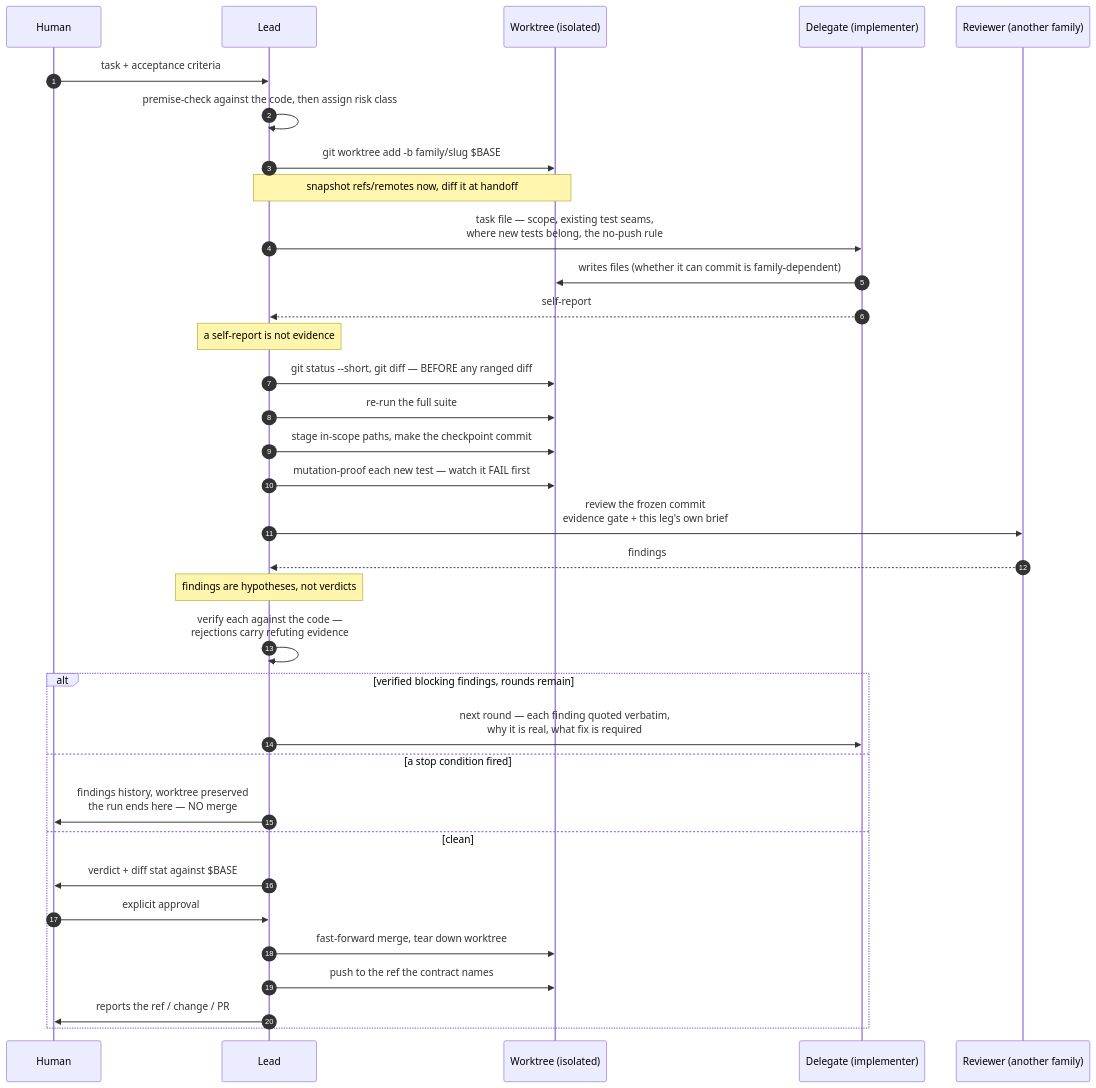
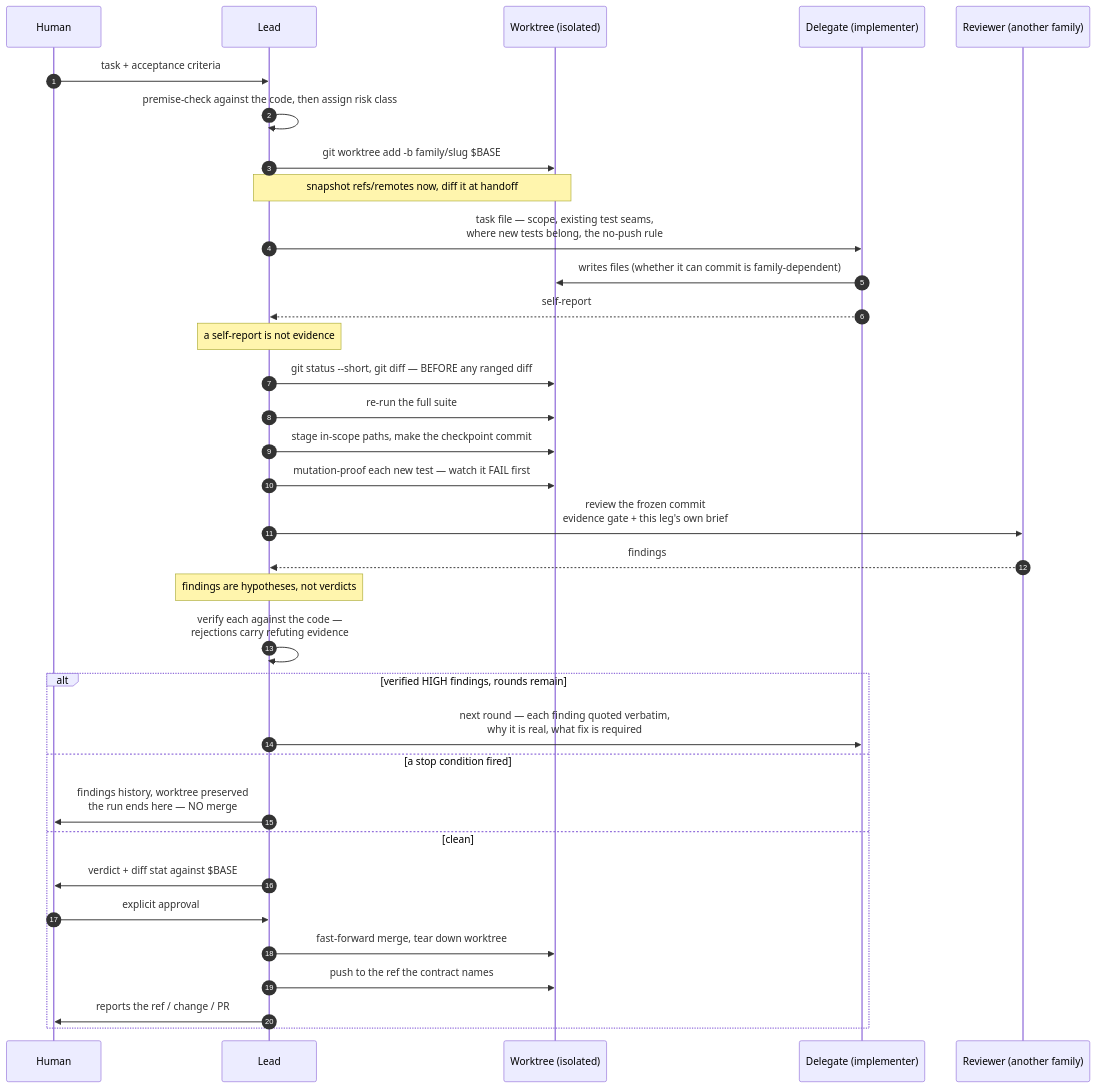
One commit to aarontzeng/dev-lead changed the second of 2 diagrams in docs/workflow.md. Above: the diagram before and after it, drawn with Mermaid. The commit also changed other lines of this file and 7 other files, not shown here.

````diff
--- a/docs/workflow.md
+++ b/docs/workflow.md
@@ -58,37 +58,37 @@
 ```mermaid
 sequenceDiagram
     autonumber
     participant U as Human
     participant L as Lead
     participant W as Worktree (isolated)
     participant D as Delegate (implementer)
     participant R as Reviewer (another family)
 
     U->>L: task + acceptance criteria
     L->>L: premise-check against the code, then assign risk class
     L->>W: git worktree add -b family/slug $BASE
     Note over L,W: snapshot refs/remotes now, diff it at handoff
     L->>D: task file — scope, existing test seams,<br/>where new tests belong, the no-push rule
     D->>W: writes files (whether it can commit is family-dependent)
     D-->>L: self-report
     Note over L: a self-report is not evidence
     L->>W: git status --short, git diff — BEFORE any ranged diff
     L->>W: re-run the full suite
     L->>W: stage in-scope paths, make the checkpoint commit
     L->>W: mutation-proof each new test — watch it FAIL first
     L->>R: review the frozen commit<br/>evidence gate + this leg's own brief
     R-->>L: findings
     Note over L: findings are hypotheses, not verdicts
     L->>L: verify each against the code —<br/>rejections carry refuting evidence
-    alt verified blocking findings, rounds remain
+    alt verified HIGH findings, rounds remain
         L->>D: next round — each finding quoted verbatim,<br/>why it is real, what fix is required
     else a stop condition fired
         L->>U: findings history, worktree preserved<br/>the run ends here — NO merge
     else clean
         L->>U: verdict + diff stat against $BASE
         U->>L: explicit approval
         L->>W: fast-forward merge, tear down worktree
         L->>W: push to the ref the contract names
         L->>U: reports the ref / change / PR
     end
 ```
````
